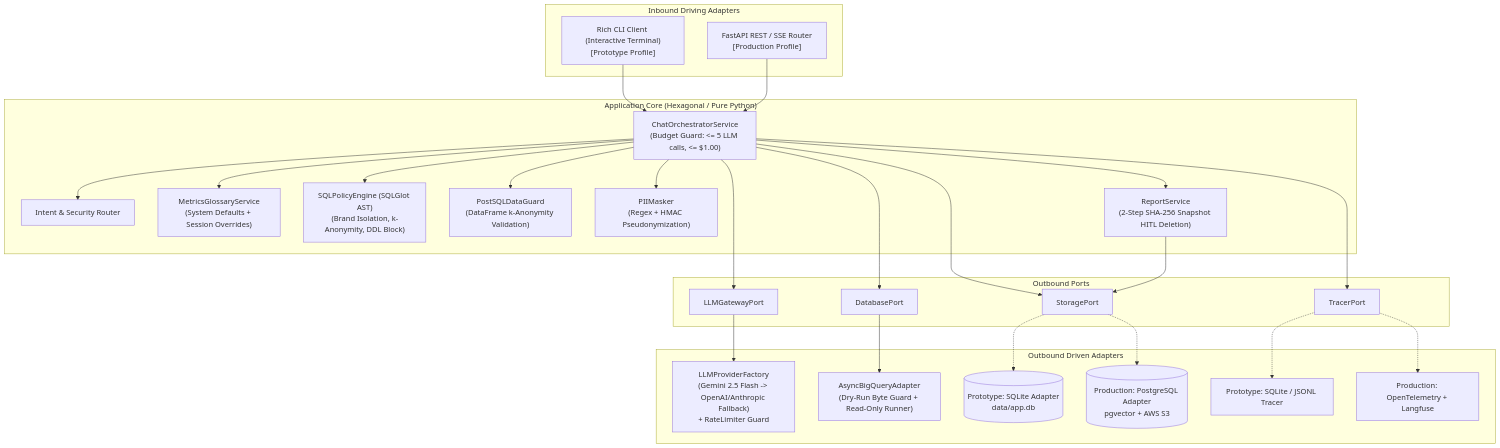
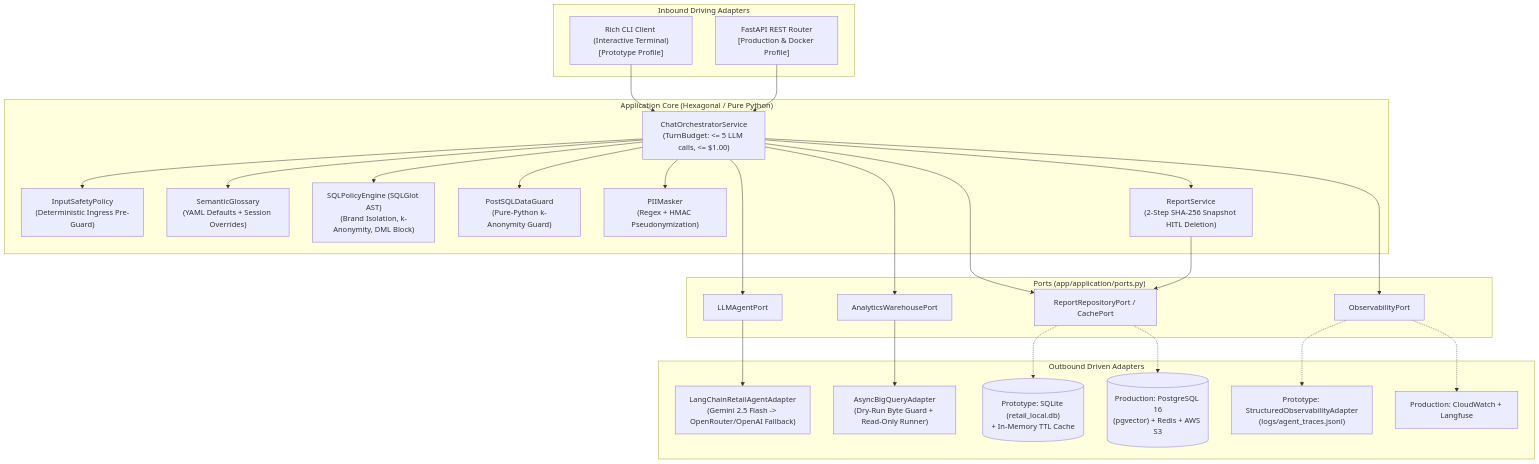
The second of 7 diagrams in documentation/high_level_design_HLD.md (Melnislav/retail-analytics-ai-assistant), drawn with Mermaid before and after one commit. The commit also changed other lines of this file and 6 other files, not shown here.

Commit message:
docs & cli: harden HTTP persona guard, bundle configs in Docker, align HLD, and document standalone setup

````diff
--- a/documentation/high_level_design_HLD.md
+++ b/documentation/high_level_design_HLD.md
@@ -111,54 +111,54 @@
 ```mermaid
 flowchart TB
     subgraph DrivingAdapters["Inbound Driving Adapters"]
         CLI["Rich CLI Client (Interactive Terminal)<br/>[Prototype Profile]"]
-        WEB_API["FastAPI REST / SSE Router<br/>[Production Profile]"]
+        WEB_API["FastAPI REST Router<br/>[Production & Docker Profile]"]
     end
 
     subgraph CoreDomain["Application Core (Hexagonal / Pure Python)"]
-        ORCH["ChatOrchestratorService<br/>(Budget Guard: <= 5 LLM calls, <= $1.00)"]
-        PARSER["Intent & Security Router"]
-        GLOSSARY["MetricsGlossaryService<br/>(System Defaults + Session Overrides)"]
-        AST_ENGINE["SQLPolicyEngine (SQLGlot AST)<br/>(Brand Isolation, k-Anonymity, DDL Block)"]
-        POST_GUARD["PostSQLDataGuard<br/>(DataFrame k-Anonymity Validation)"]
+        ORCH["ChatOrchestratorService<br/>(TurnBudget: <= 5 LLM calls, <= $1.00)"]
+        PRE["InputSafetyPolicy<br/>(Deterministic Ingress Pre-Guard)"]
+        GLOSSARY["SemanticGlossary<br/>(YAML Defaults + Session Overrides)"]
+        AST_ENGINE["SQLPolicyEngine (SQLGlot AST)<br/>(Brand Isolation, k-Anonymity, DML Block)"]
+        POST_GUARD["PostSQLDataGuard<br/>(Pure-Python k-Anonymity Guard)"]
         MASKER["PIIMasker<br/>(Regex + HMAC Pseudonymization)"]
         REPORT_SVC["ReportService<br/>(2-Step SHA-256 Snapshot HITL Deletion)"]
     end
 
-    subgraph Ports["Outbound Ports"]
-        LLM_PORT["LLMGatewayPort"]
-        DB_PORT["DatabasePort"]
-        STORE_PORT["StoragePort"]
-        TRACE_PORT["TracerPort"]
+    subgraph Ports["Ports (app/application/ports.py)"]
+        LLM_PORT["LLMAgentPort"]
+        DB_PORT["AnalyticsWarehousePort"]
+        STORE_PORT["ReportRepositoryPort / CachePort"]
+        TRACE_PORT["ObservabilityPort"]
     end
 
     subgraph DrivenAdapters["Outbound Driven Adapters"]
-        LLM_ADAPTER["LLMProviderFactory<br/>(Gemini 2.5 Flash -> OpenAI/Anthropic Fallback)<br/>+ RateLimiter Guard"]
+        LLM_ADAPTER["LangChainRetailAgentAdapter<br/>(Gemini 2.5 Flash -> OpenRouter/OpenAI Fallback)"]
         BQ_ADAPTER["AsyncBigQueryAdapter<br/>(Dry-Run Byte Guard + Read-Only Runner)"]
-        DB_LOCAL[("Prototype: SQLite Adapter<br/>data/app.db")]
-        DB_PROD[("Production: PostgreSQL Adapter<br/>pgvector + AWS S3")]
-        TRACE_LOCAL["Prototype: SQLite / JSONL Tracer"]
-        TRACE_PROD["Production: OpenTelemetry + Langfuse"]
+        DB_LOCAL[("Prototype: SQLite (retail_local.db)<br/>+ In-Memory TTL Cache")]
+        DB_PROD[("Production: PostgreSQL 16<br/>(pgvector) + Redis + AWS S3")]
+        TRACE_LOCAL["Prototype: StructuredObservabilityAdapter<br/>(logs/agent_traces.jsonl)"]
+        TRACE_PROD["Production: CloudWatch + Langfuse"]
     end
 
     CLI --> ORCH
     WEB_API --> ORCH
 
-    ORCH --> PARSER
+    ORCH --> PRE
     ORCH --> GLOSSARY
     ORCH --> AST_ENGINE
     ORCH --> POST_GUARD
     ORCH --> MASKER
     ORCH --> REPORT_SVC
 
     ORCH --> LLM_PORT --> LLM_ADAPTER
     ORCH --> DB_PORT --> BQ_ADAPTER
     ORCH --> STORE_PORT
     REPORT_SVC --> STORE_PORT
     ORCH --> TRACE_PORT
 
     STORE_PORT -.-> DB_LOCAL
     STORE_PORT -.-> DB_PROD
     TRACE_PORT -.-> TRACE_LOCAL
     TRACE_PORT -.-> TRACE_PROD
 ```
````
